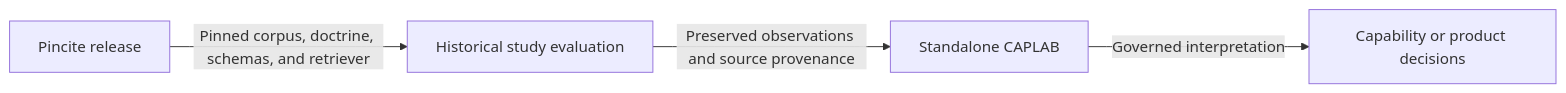
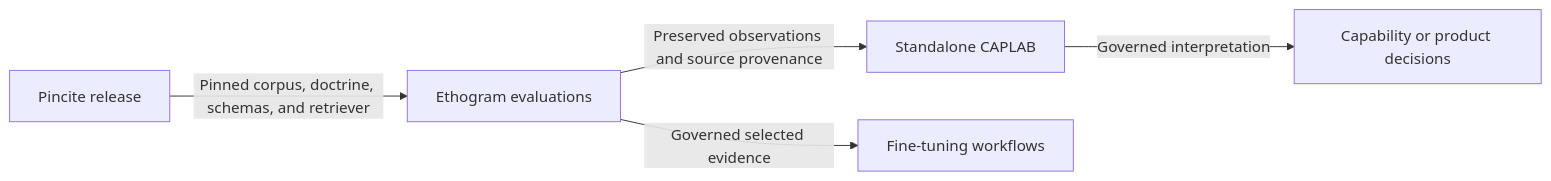
One commit to halbritt/caplab changed the diagram in docs/domain/context-map.md. Above: the diagram before and after it, drawn with Mermaid. The commit also changed other lines of this file and 4 other files, not shown here.

````diff
--- a/docs/domain/context-map.md
+++ b/docs/domain/context-map.md
@@ -21,6 +21,7 @@
 ```mermaid
 flowchart LR
-  P[Pincite release] -->|Pinned corpus, doctrine, schemas, and retriever| S[Historical study evaluation]
-  S -->|Preserved observations and source provenance| C[Standalone CAPLAB]
+  P[Pincite release] -->|Pinned corpus, doctrine, schemas, and retriever| E[Ethogram evaluations]
+  E -->|Preserved observations and source provenance| C[Standalone CAPLAB]
+  E -->|Governed selected evidence| T[Fine-tuning workflows]
   C -->|Governed interpretation| D[Capability or product decisions]
 ```
````
